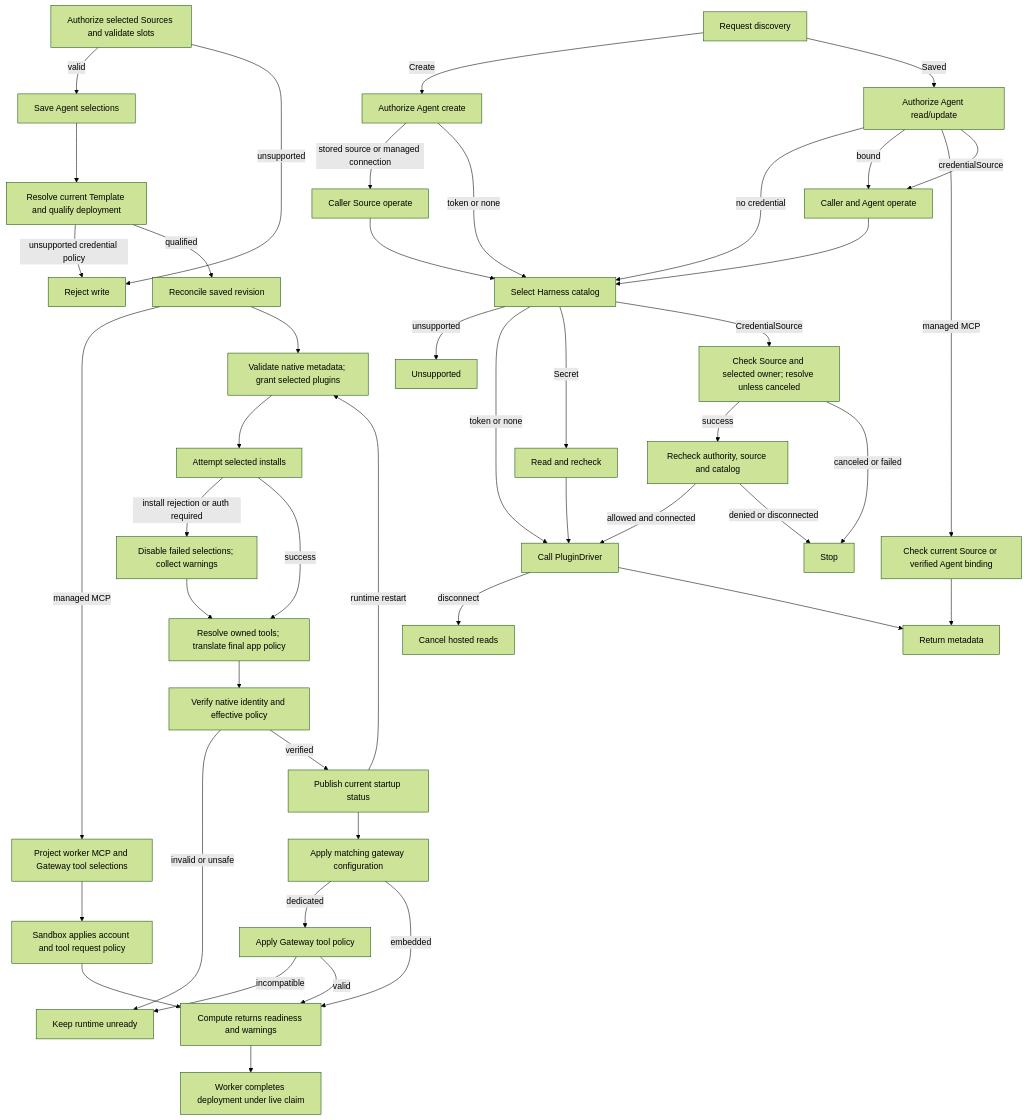
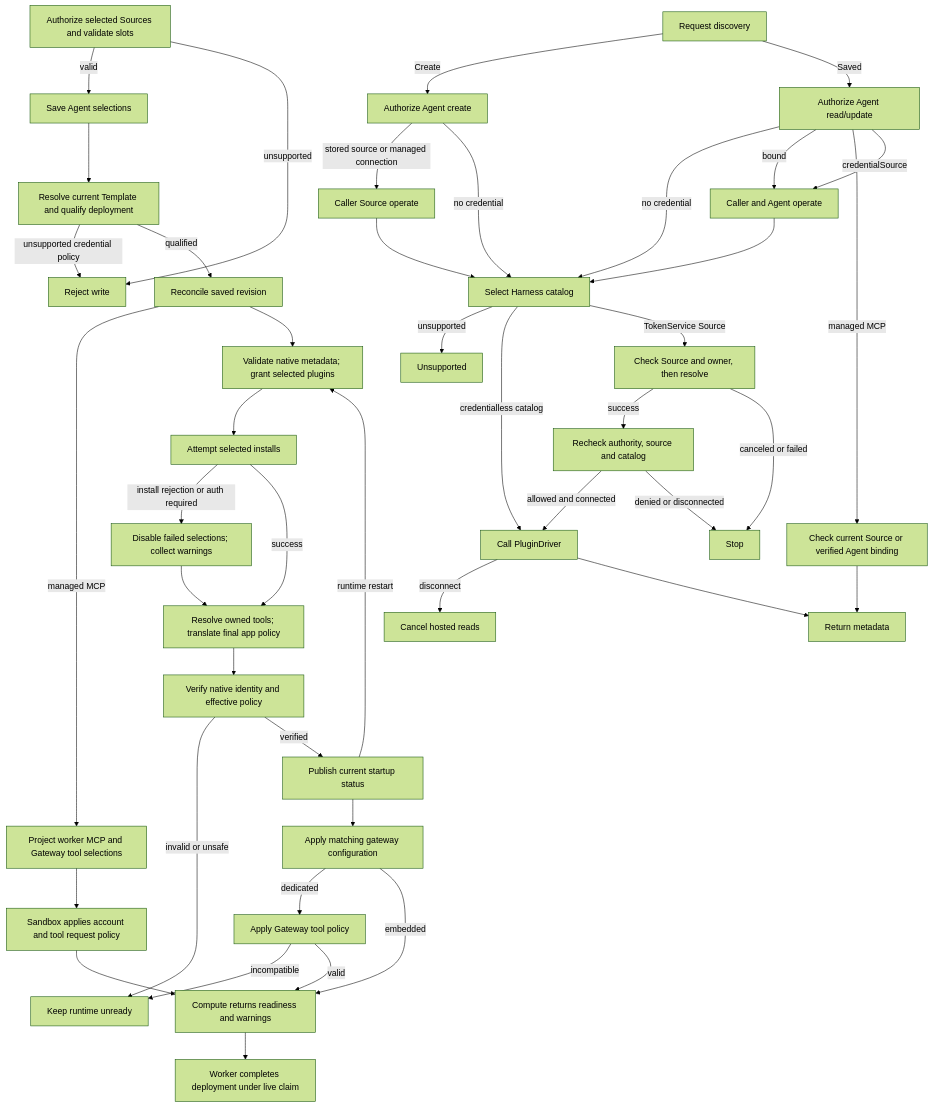
Before and after one commit to openclaw/openclaw-enterprise: the diagram in docs/flows/agent-plugins.md, drawn with Mermaid (forest theme). The commit also changed 11 other files, not shown here.

Commit message:
docs: align credential architecture and operator guidance with cutover

````diff
--- a/docs/flows/agent-plugins.md
+++ b/docs/flows/agent-plugins.md
@@ -25,44 +25,43 @@
 ```mermaid
 graph TD
   D0["Request discovery"] -->|Create| D1["Authorize Agent create"]
   D0 -->|Saved| E0["Authorize Agent read/update"]
   E0 -->|no credential| D6
   E0 -->|bound| E1["Caller and Agent operate"] --> D6
   E0 -->|managed MCP| M0["Check current Source or verified Agent binding"] --> D5
   E0 -->|credentialSource| E1
   D1 -->|stored source or managed connection| D2["Caller Source operate"] --> D6["Select Harness catalog"]
-  D1 -->|token or none| D6
+  D1 -->|no credential| D6
   D6 -->|unsupported| D7["Unsupported"]
-  D6 -->|token or none| D4["Call PluginDriver"]
-  D6 -->|Secret| D3["Read and recheck"] --> D4
-  D6 -->|CredentialSource| D9["Check Source and selected owner; resolve unless canceled"]
+  D6 -->|credentialless catalog| D4["Call PluginDriver"]
+  D6 -->|TokenService Source| D9["Check Source and owner, then resolve"]
   D9 -->|success| D10["Recheck authority, source and catalog"]
   D10 -->|allowed and connected| D4
   D9 -->|canceled or failed| D12["Stop"]
   D10 -->|denied or disconnected| D12
   D4 -->|disconnect| D8["Cancel hosted reads"]
   D4 --> D5["Return metadata"]
   A["Authorize selected Sources and validate slots"] -->|valid| S["Save Agent selections"]
   A -->|unsupported| Y["Reject write"]
   S --> B["Resolve current Template and qualify deployment"]
   B -->|unsupported credential policy| Y
   B -->|qualified| R["Reconcile saved revision"]
   R -->|managed MCP| K["Project worker MCP and Gateway tool selections"]
   K --> L["Sandbox applies account and tool request policy"]
   L --> I
   R --> C["Validate native metadata; grant selected plugins"]
   C --> D["Attempt selected installs"]
   D -->|install rejection or auth required| E["Disable failed selections; collect warnings"]
   D -->|success| T["Resolve owned tools; translate final app policy"]
   E --> T
   T --> F["Verify native identity and effective policy"]
   F -->|invalid or unsafe| X["Keep runtime unready"]
   F -->|verified| G["Publish current startup status"]
   G --> H["Apply matching gateway configuration"]
   H -->|dedicated| P["Apply Gateway tool policy"]
   P -->|incompatible| X
   P -->|valid| I
   H -->|embedded| I["Compute returns readiness and warnings"]
   I --> J["Worker completes deployment under live claim"]
   G -->|runtime restart| C
 ```
````
